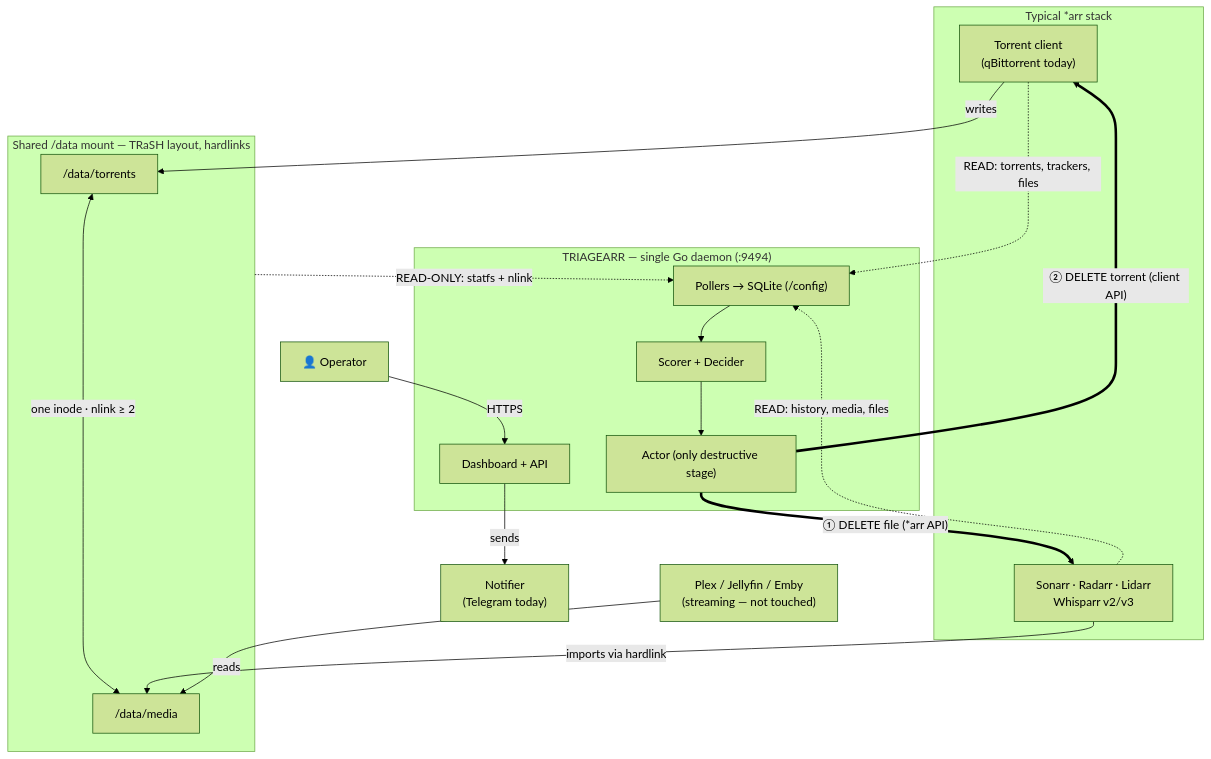
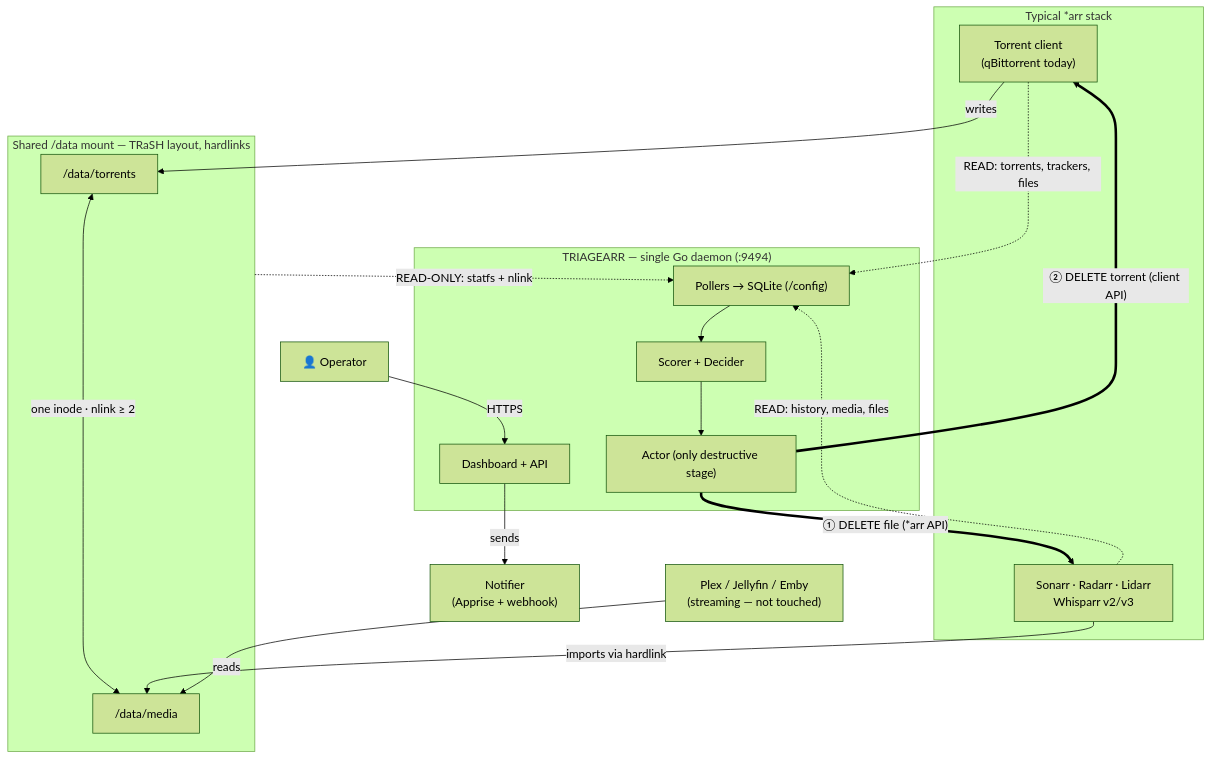
The first of 2 diagrams in docs/ARCHITECTURE.md (Triagearr/Triagearr), drawn with Mermaid (forest theme) before and after one commit. The commit also changed other lines of this file and 35 other files, not shown here.

First line of the commit message:
feat(notify): multi-channel notifications via Apprise + native webhook (ADR-0033)

````diff
--- a/docs/ARCHITECTURE.md
+++ b/docs/ARCHITECTURE.md
@@ -11,40 +11,40 @@
 ```mermaid
 flowchart TB
     user["👤 Operator"]
     plex["Plex / Jellyfin / Emby<br/>(streaming — not touched)"]
-    notify["Notifier<br/>(Telegram today)"]
+    notify["Notifier<br/>(Apprise + webhook)"]
 
     subgraph stack["Typical *arr stack"]
         tc["Torrent client<br/>(qBittorrent today)"]
         arrs["Sonarr · Radarr · Lidarr<br/>Whisparr v2/v3"]
     end
 
     subgraph mount["Shared /data mount — TRaSH layout, hardlinks"]
         tor["/data/torrents"]
         med["/data/media"]
         tor <-->|"one inode · nlink ≥ 2"| med
     end
 
     subgraph tri["TRIAGEARR — single Go daemon (:9494)"]
         store["Pollers → SQLite (/config)"]
         brain["Scorer + Decider"]
         actor["Actor (only destructive stage)"]
         ui["Dashboard + API"]
     end
 
     tc -->|writes| tor
     arrs -->|imports via hardlink| med
     plex -->|reads| med
 
     tc -.->|"READ: torrents, trackers, files"| store
     arrs -.->|"READ: history, media, files"| store
     mount -.->|"READ-ONLY: statfs + nlink"| store
 
     store --> brain --> actor
 
     actor ==>|"① DELETE file (*arr API)"| arrs
     actor ==>|"② DELETE torrent (client API)"| tc
 
     ui -->|sends| notify
     user -->|HTTPS| ui
 ```
````
